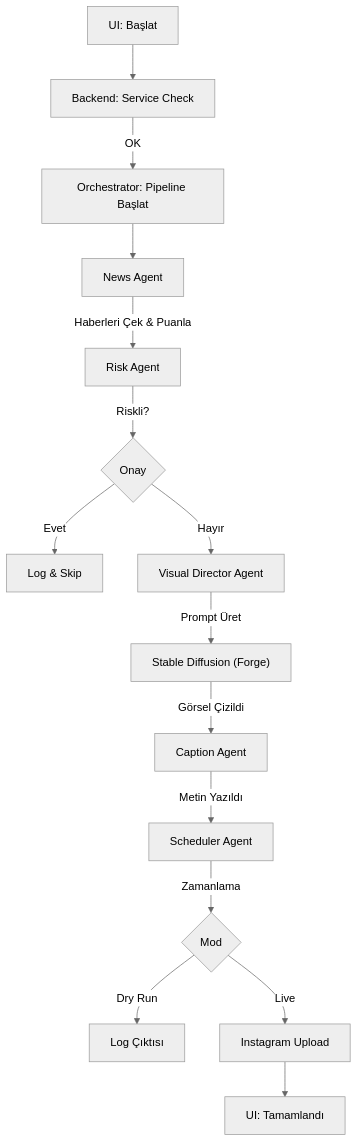
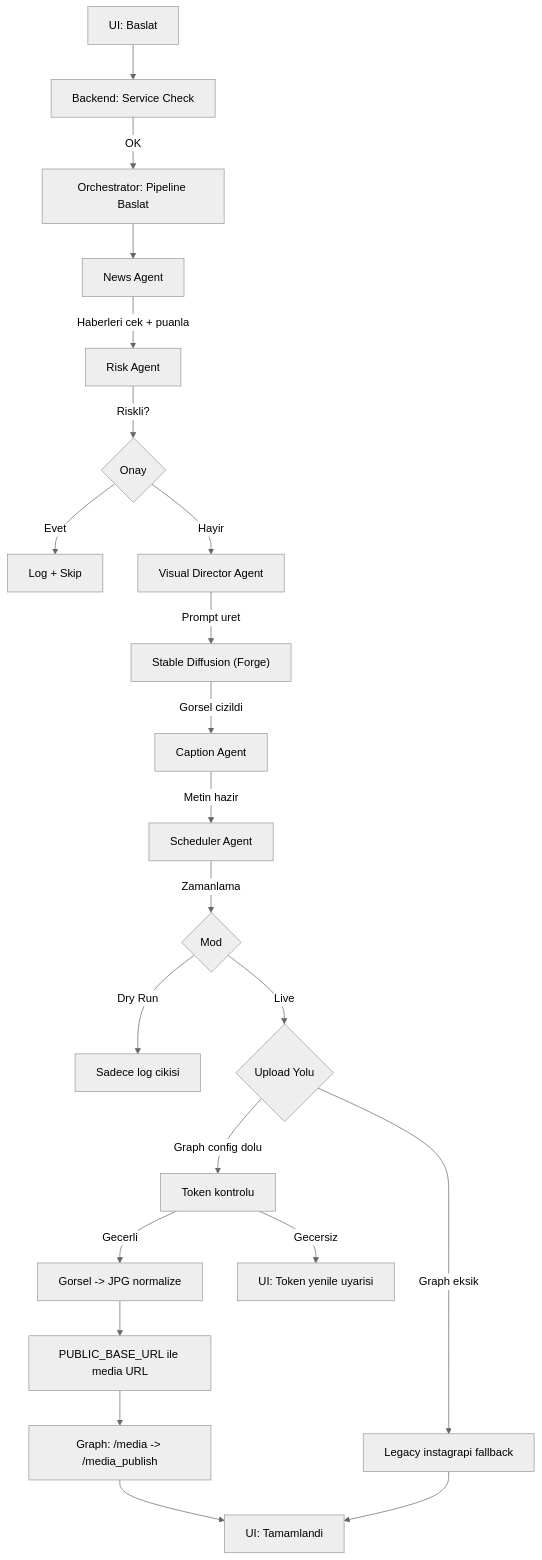
The diagram in readme.md (AsirCan/ATLAS-AI-SD-LLAMA), drawn with Mermaid (neutral theme) before and after one commit. The commit also changed other lines of this file, not shown here.

Commit message:
readme updated

````diff
--- a/readme.md
+++ b/readme.md
@@ -193,23 +193,29 @@
 ```mermaid
 graph TD
-    A["UI: Başlat"] --> B["Backend: Service Check"]
-    B -->|OK| C["Orchestrator: Pipeline Başlat"]
-    
+    A["UI: Baslat"] --> B["Backend: Service Check"]
+    B -->|OK| C["Orchestrator: Pipeline Baslat"]
+
     C --> D["News Agent"]
-    D -->|"Haberleri Çek & Puanla"| E["Risk Agent"]
-    
+    D -->|"Haberleri cek + puanla"| E["Risk Agent"]
     E -->|"Riskli?"| F{"Onay"}
-    F -- Evet --> G["Log & Skip"]
-    F -- Hayır --> H["Visual Director Agent"]
-    
-    H -->|"Prompt Üret"| I["Stable Diffusion (Forge)"]
-    I -->|"Görsel Çizildi"| J["Caption Agent"]
-    
-    J -->|"Metin Yazıldı"| K["Scheduler Agent"]
+    F -- Evet --> G["Log + Skip"]
+    F -- Hayir --> H["Visual Director Agent"]
+
+    H -->|"Prompt uret"| I["Stable Diffusion (Forge)"]
+    I -->|"Gorsel cizildi"| J["Caption Agent"]
+    J -->|"Metin hazir"| K["Scheduler Agent"]
     K -->|"Zamanlama"| L{"Mod"}
-    
-    L -- "Dry Run" --> M["Log Çıktısı"]
-    L -- "Live" --> N["Instagram Upload"]
-    
-    N --> O["UI: Tamamlandı"]
+
+    L -- Dry Run --> M["Sadece log cikisi"]
+    L -- Live --> N{"Upload Yolu"}
+
+    N -->|Graph config dolu| P["Token kontrolu"]
+    P -->|Gecerli| Q["Gorsel -> JPG normalize"]
+    Q --> R["PUBLIC_BASE_URL ile media URL"]
+    R --> S["Graph: /media -> /media_publish"]
+    S --> T["UI: Tamamlandi"]
+
+    P -->|Gecersiz| U["UI: Token yenile uyarisi"]
+    N -->|Graph eksik| V["Legacy instagrapi fallback"]
+    V --> T
 ```
````
